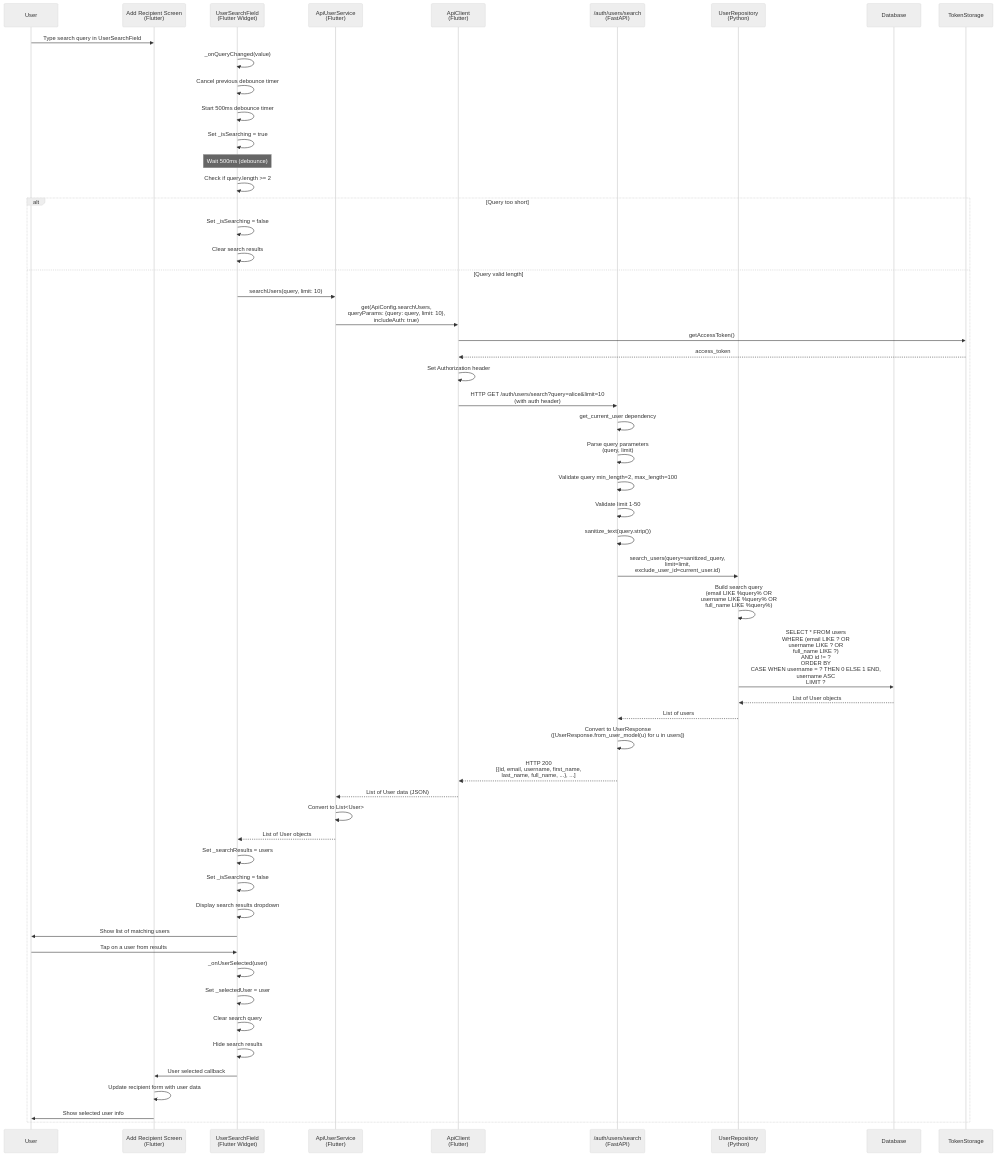
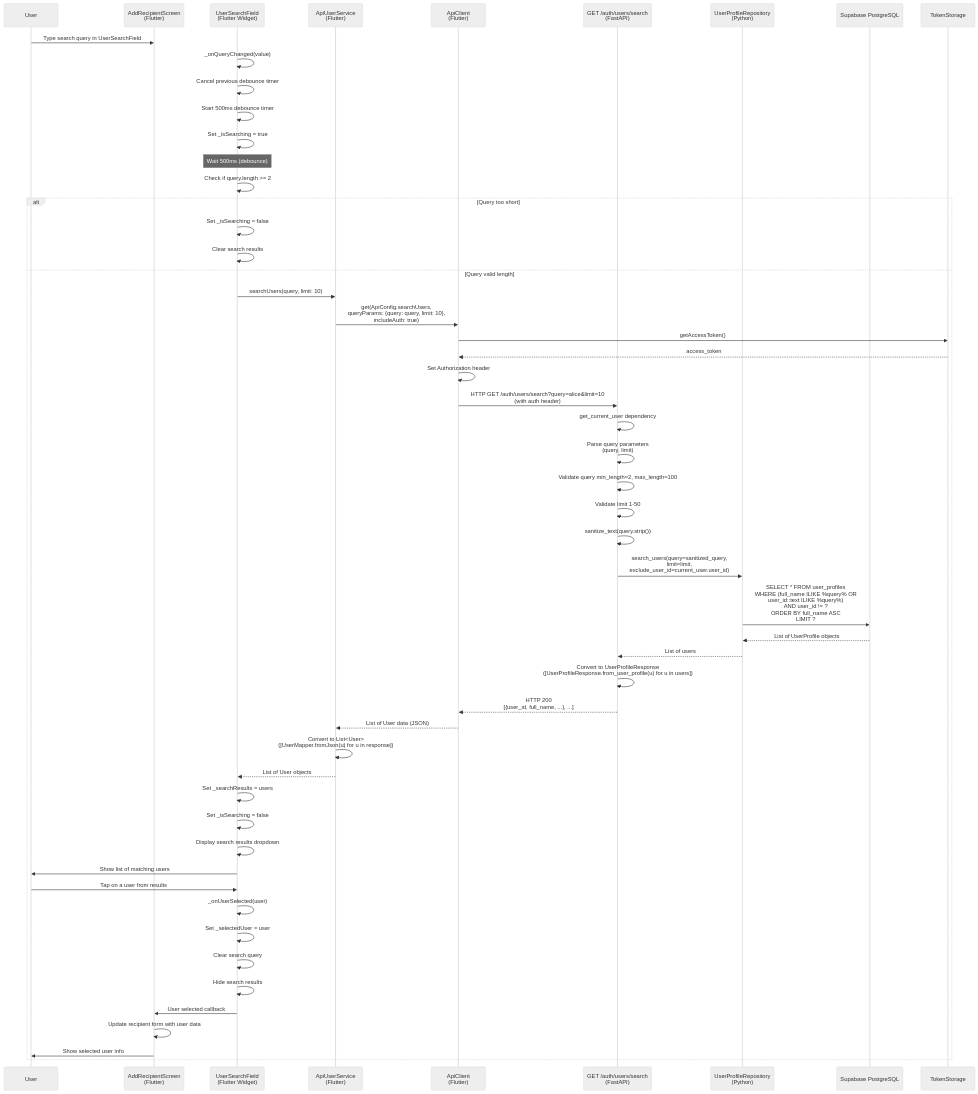
The tenth of 20 diagrams in docs/SEQUENCE_DIAGRAMS.md (sunilkumarvuppala/open-on-app), drawn with Mermaid (neutral theme) before and after one commit. The commit also changed other lines of this file and 64 other files, not shown here.

````diff
--- a/docs/SEQUENCE_DIAGRAMS.md
+++ b/docs/SEQUENCE_DIAGRAMS.md
@@ -963,65 +900,64 @@
 ```mermaid
 sequenceDiagram
     participant User
-    participant AddRecipientScreen as Add Recipient Screen<br/>(Flutter)
+    participant AddRecipientScreen as AddRecipientScreen<br/>(Flutter)
     participant UserSearchField as UserSearchField<br/>(Flutter Widget)
     participant ApiUserService as ApiUserService<br/>(Flutter)
     participant ApiClient as ApiClient<br/>(Flutter)
-    participant AuthAPI as /auth/users/search<br/>(FastAPI)
-    participant UserRepo as UserRepository<br/>(Python)
-    participant DB as Database
+    participant AuthAPI as GET /auth/users/search<br/>(FastAPI)
+    participant UserProfileRepo as UserProfileRepository<br/>(Python)
+    participant DB as Supabase PostgreSQL
 
     User->>AddRecipientScreen: Type search query in UserSearchField
     UserSearchField->>UserSearchField: _onQueryChanged(value)
     UserSearchField->>UserSearchField: Cancel previous debounce timer
     UserSearchField->>UserSearchField: Start 500ms debounce timer
     UserSearchField->>UserSearchField: Set _isSearching = true
     
     Note over UserSearchField: Wait 500ms (debounce)
     
     UserSearchField->>UserSearchField: Check if query.length >= 2
     
     alt Query too short
         UserSearchField->>UserSearchField: Set _isSearching = false
         UserSearchField->>UserSearchField: Clear search results
     else Query valid length
         UserSearchField->>ApiUserService: searchUsers(query, limit: 10)
         ApiUserService->>ApiClient: get(ApiConfig.searchUsers,<br/>queryParams: {query: query, limit: 10},<br/>includeAuth: true)
         ApiClient->>TokenStorage: getAccessToken()
         TokenStorage-->>ApiClient: access_token
         ApiClient->>ApiClient: Set Authorization header
         ApiClient->>AuthAPI: HTTP GET /auth/users/search?query=alice&limit=10<br/>(with auth header)
         
         AuthAPI->>AuthAPI: get_current_user dependency
         AuthAPI->>AuthAPI: Parse query parameters<br/>(query, limit)
         AuthAPI->>AuthAPI: Validate query min_length=2, max_length=100
         AuthAPI->>AuthAPI: Validate limit 1-50
         AuthAPI->>AuthAPI: sanitize_text(query.strip())
         
-        AuthAPI->>UserRepo: search_users(query=sanitized_query,<br/>limit=limit,<br/>exclude_user_id=current_user.id)
-        UserRepo->>UserRepo: Build search query<br/>(email LIKE %query% OR<br/>username LIKE %query% OR<br/>full_name LIKE %query%)
-        UserRepo->>DB: SELECT * FROM users<br/>WHERE (email LIKE ? OR<br/>username LIKE ? OR<br/>full_name LIKE ?)<br/>AND id != ?<br/>ORDER BY<br/>CASE WHEN username = ? THEN 0 ELSE 1 END,<br/>username ASC<br/>LIMIT ?
-        DB-->>UserRepo: List of User objects
-        UserRepo-->>AuthAPI: List of users
+        AuthAPI->>UserProfileRepo: search_users(query=sanitized_query,<br/>limit=limit,<br/>exclude_user_id=current_user.user_id)
+        UserProfileRepo->>DB: SELECT * FROM user_profiles<br/>WHERE (full_name ILIKE %query% OR<br/>user_id::text ILIKE %query%)<br/>AND user_id != ?<br/>ORDER BY full_name ASC<br/>LIMIT ?
+        DB-->>UserProfileRepo: List of UserProfile objects
+        UserProfileRepo-->>AuthAPI: List of users
         
-        AuthAPI->>AuthAPI: Convert to UserResponse<br/>([UserResponse.from_user_model(u) for u in users])
-        AuthAPI-->>ApiClient: HTTP 200<br/>[{id, email, username, first_name,<br/>last_name, full_name, ...}, ...]
+        AuthAPI->>AuthAPI: Convert to UserProfileResponse<br/>([UserProfileResponse.from_user_profile(u) for u in users])
+        AuthAPI-->>ApiClient: HTTP 200<br/>[{user_id, full_name, ...}, ...]
         
         ApiClient-->>ApiUserService: List of User data (JSON)
-        ApiUserService->>ApiUserService: Convert to List<User>
+        ApiUserService->>ApiUserService: Convert to List<User><br/>([UserMapper.fromJson(u) for u in response])
         ApiUserService-->>UserSearchField: List of User objects
         UserSearchField->>UserSearchField: Set _searchResults = users
         UserSearchField->>UserSearchField: Set _isSearching = false
         UserSearchField->>UserSearchField: Display search results dropdown
         UserSearchField->>User: Show list of matching users
         
         User->>UserSearchField: Tap on a user from results
         UserSearchField->>UserSearchField: _onUserSelected(user)
         UserSearchField->>UserSearchField: Set _selectedUser = user
         UserSearchField->>UserSearchField: Clear search query
         UserSearchField->>UserSearchField: Hide search results
         UserSearchField->>AddRecipientScreen: User selected callback
         AddRecipientScreen->>AddRecipientScreen: Update recipient form with user data
         AddRecipientScreen->>User: Show selected user info
     end
 ```
````
